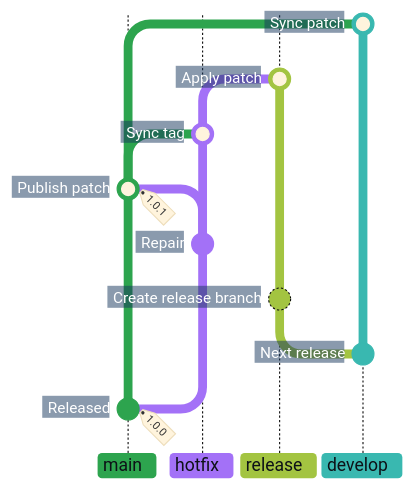
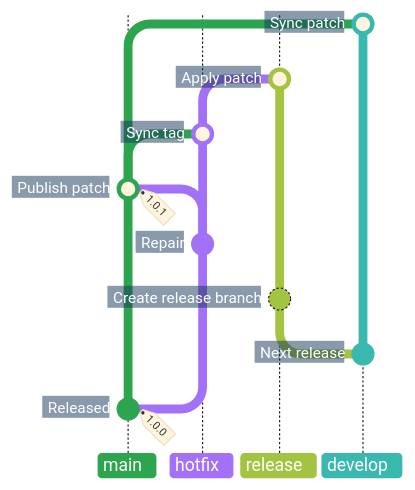
One commit to superhero/operations.superduper.solutions changed the third of 3 diagrams in docs/adr/cicd.md. Above: the diagram before and after it, drawn with Mermaid. The commit also changed other lines of this file, not shown here.

Commit message:
docs: tighten and brighten Git graph branch labels

````diff
--- a/docs/adr/cicd.md
+++ b/docs/adr/cicd.md
@@ -133,29 +133,29 @@
 ```mermaid
-%%{init: {"theme": "base", "themeCSS": ".commit-labels g:last-of-type { visibility: hidden; } .commit-label { font-weight: 700; transform: translateX(-8px); } .commit-label-bkg { opacity: 1; stroke: #17365D; stroke-width: 20px; transform: translateX(-5px); clip-path: polygon(-4px -4px, calc(100% + 4px) -4px, calc(100% + 10px) 50%, calc(100% + 4px) calc(100% + 4px), -4px calc(100% + 4px)) fill-box; }", "gitGraph": {"showCommitLabel": true, "rotateCommitLabel": false}, "themeVariables": {
+%%{init: {"theme": "base", "themeCSS": ".branchLabel { font-weight: 700; } .branchLabelBkg { clip-path: inset(0 8px 0 0 round 4px) fill-box; } .commit-labels g:last-of-type { visibility: hidden; } .commit-label { font-weight: 700; transform: translateX(-8px); } .commit-label-bkg { opacity: 1; stroke: #17365D; stroke-width: 20px; transform: translateX(-5px); clip-path: polygon(-4px -4px, calc(100% + 4px) -4px, calc(100% + 10px) 50%, calc(100% + 4px) calc(100% + 4px), -4px calc(100% + 4px)) fill-box; }", "gitGraph": {"showCommitLabel": true, "rotateCommitLabel": false}, "themeVariables": {
     "commitLabelFontSize": "14px", "commitLabelColor": "#FFFFFF", "commitLabelBackground": "#17365D",
-    "git0": "#2DA44E", "gitBranchLabel0": "#0D1117",
-    "git1": "#A371F7", "gitBranchLabel1": "#0D1117",
-    "git2": "#A3C441", "gitBranchLabel2": "#0D1117",
-    "git3": "#39B8B0", "gitBranchLabel3": "#0D1117"
+    "git0": "#2DA44E", "gitBranchLabel0": "#FFFFFF",
+    "git1": "#A371F7", "gitBranchLabel1": "#FFFFFF",
+    "git2": "#A3C441", "gitBranchLabel2": "#FFFFFF",
+    "git3": "#39B8B0", "gitBranchLabel3": "#FFFFFF"
 }}}%%
 gitGraph BT:
     %% In BT order, the initial commit note is the last label group; its tag stays visible.
     branch develop order: 3
     checkout main
     commit id: "Released" tag: "1.0.0"
     checkout develop
     commit id: "Next release"
     branch "release" order: 2
     commit id: "Create release branch"
     checkout main
     branch "hotfix" order: 1
     commit id: "Repair"
     checkout main
     merge "hotfix" id: "Publish patch" tag: "1.0.1"
     checkout "hotfix"
     merge main id: "Sync tag"
     checkout "release"
     merge "hotfix" id: "Apply patch"
     checkout develop
     merge main id: "Sync patch"
 ```
````
